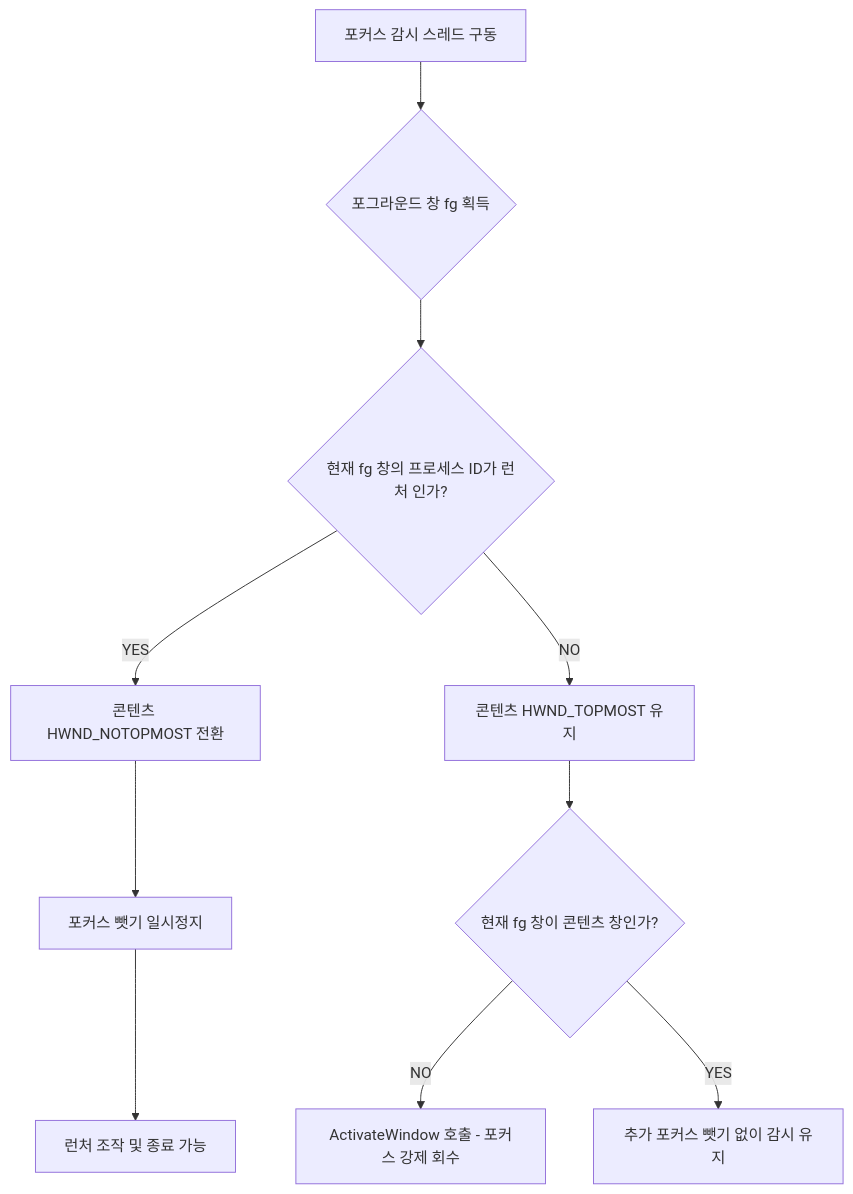
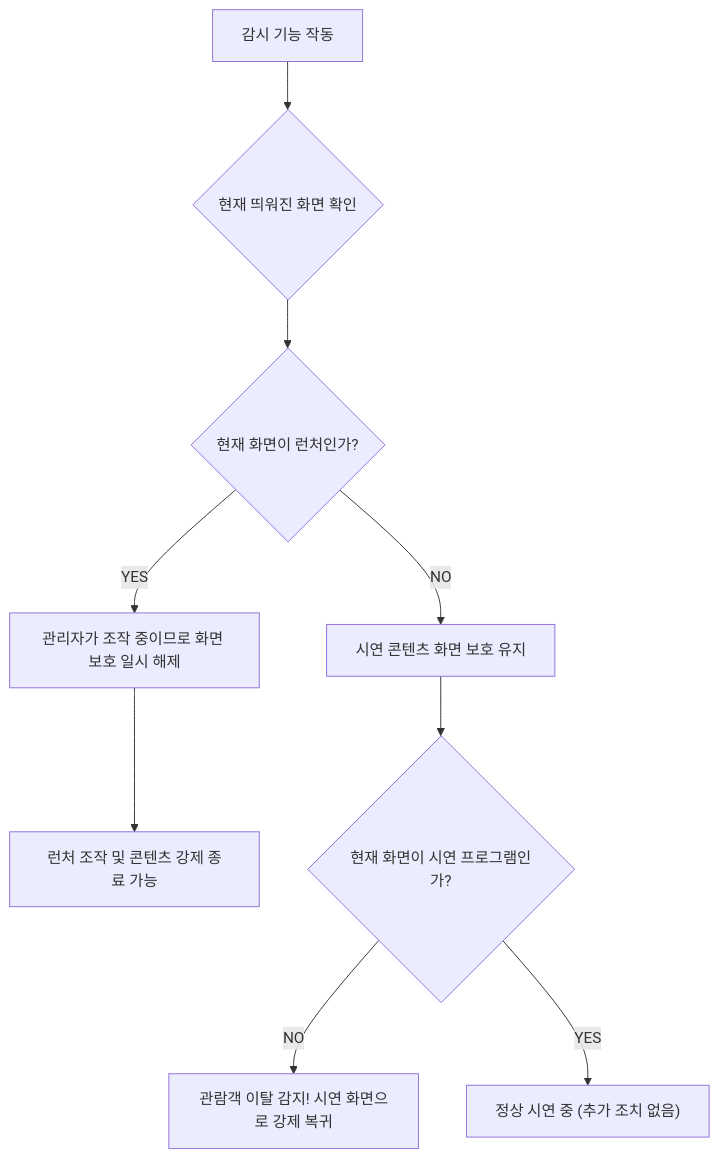
One commit to chokchok07/ContentsLuncher changed the diagram in 런처프로그램(리펙토링)/기획 문서/Feature_Process_Control.md. Above: the diagram before and after it, drawn with Mermaid. The commit also changed other lines of this file and 7 other files, not shown here.

````diff
--- a/런처프로그램(리펙토링)/기획 문서/Feature_Process_Control.md
+++ b/런처프로그램(리펙토링)/기획 문서/Feature_Process_Control.md
@@ -22,12 +22,11 @@
 ```mermaid
 graph TD
-    A[포커스 감시 스레드 구동] --> B{포그라운드 창 fg 획득}
-    B --> C{현재 fg 창의 프로세스 ID가 런처 인가?}
-    C -- YES --> D[콘텐츠 HWND_NOTOPMOST 전환]
-    D --> E[포커스 뺏기 일시정지]
-    E --> F[런처 조작 및 종료 가능]
-    C -- NO --> G[콘텐츠 HWND_TOPMOST 유지]
-    G --> H{현재 fg 창이 콘텐츠 창인가?}
-    H -- NO --> I[ActivateWindow 호출 - 포커스 강제 회수]
-    H -- YES --> J[추가 포커스 뺏기 없이 감시 유지]
+    A["감시 기능 작동"] --> B{"현재 띄워진 화면 확인"}
+    B --> C{"현재 화면이 런처인가?"}
+    C -- YES --> D["관리자가 조작 중이므로 화면 보호 일시 해제"]
+    D --> E["런처 조작 및 콘텐츠 강제 종료 가능"]
+    C -- NO --> G["시연 콘텐츠 화면 보호 유지"]
+    G --> H{"현재 화면이 시연 프로그램인가?"}
+    H -- NO --> I["관람객 이탈 감지! 시연 화면으로 강제 복귀"]
+    H -- YES --> J["정상 시연 중 (추가 조치 없음)"]
 ```
````
